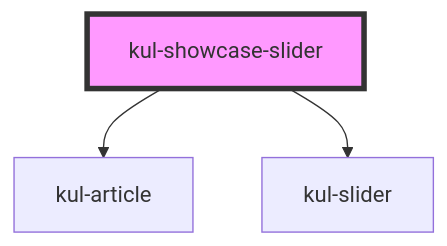
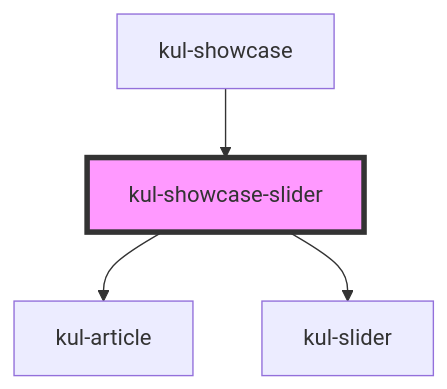
Before and after one commit to lucafoscili/ketchup-lite: the diagram in packages/ketchup-lite/src/components/kul-showcase/components/slider/readme.md, drawn with Mermaid. The commit also changed other lines of this file and 45 other files, not shown here.

````diff
--- a/packages/ketchup-lite/src/components/kul-showcase/components/slider/readme.md
+++ b/packages/ketchup-lite/src/components/kul-showcase/components/slider/readme.md
@@ -24,6 +28,7 @@
 ```mermaid
 graph TD;
   kul-showcase-slider --> kul-article
   kul-showcase-slider --> kul-slider
+  kul-showcase --> kul-showcase-slider
   style kul-showcase-slider fill:#f9f,stroke:#333,stroke-width:4px
 ```
````
